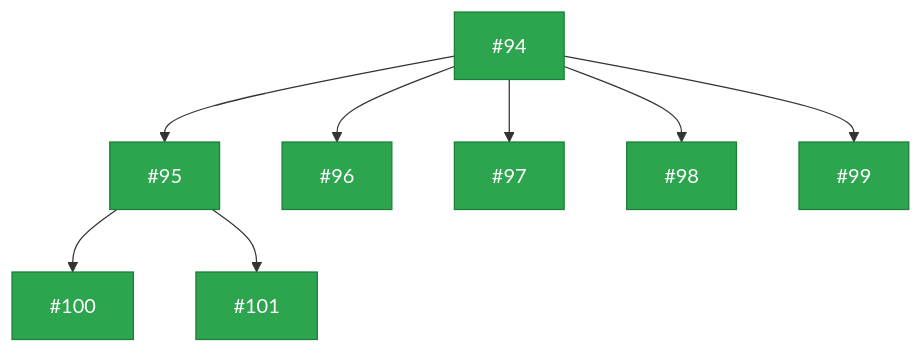
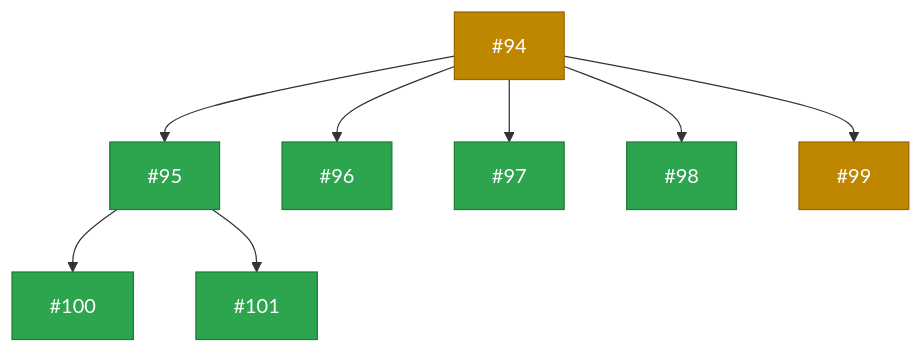
One commit to zappfish/zapp-requirements-tracker changed the ninth of 9 diagrams in README.md. Above: the diagram before and after it, drawn with Mermaid. The commit also changed other lines of this file, not shown here.

Commit message:
Update WBS diagram colors to match project board statuses

````diff
--- a/README.md
+++ b/README.md
@@ -444,31 +444,31 @@
 ```mermaid
 graph TD
-    R7["#94"]:::backlog
+    R7["#94"]:::inprogress
 
     R7A["#95"]:::backlog
     R7B["#96"]:::backlog
     R7C["#97"]:::backlog
     R7D["#98"]:::backlog
-    R7E["#99"]:::backlog
+    R7E["#99"]:::inprogress
     R7 --> R7A & R7B & R7C & R7D & R7E
 
     R7A1["#100"]:::backlog
     R7A2["#101"]:::backlog
     R7A --> R7A1 & R7A2
 
     click R7 href "https://github.com/zappfish/zapp-requirements-tracker/issues/94" _blank
     click R7A href "https://github.com/zappfish/zapp-requirements-tracker/issues/95" _blank
     click R7B href "https://github.com/zappfish/zapp-requirements-tracker/issues/96" _blank
     click R7C href "https://github.com/zappfish/zapp-requirements-tracker/issues/97" _blank
     click R7D href "https://github.com/zappfish/zapp-requirements-tracker/issues/98" _blank
     click R7E href "https://github.com/zappfish/zapp-requirements-tracker/issues/99" _blank
     click R7A1 href "https://github.com/zappfish/zapp-requirements-tracker/issues/100" _blank
     click R7A2 href "https://github.com/zappfish/zapp-requirements-tracker/issues/101" _blank
 
     classDef backlog fill:#2da44e,stroke:#1a7f37,color:#fff
     classDef upnext fill:#0969da,stroke:#0550ae,color:#fff
     classDef inprogress fill:#bf8700,stroke:#9a6700,color:#fff
     classDef inreview fill:#8250df,stroke:#6639ba,color:#fff
     classDef stable fill:#bf3989,stroke:#99306f,color:#fff
     classDef done fill:#bc4c00,stroke:#953800,color:#fff
 ```
````
